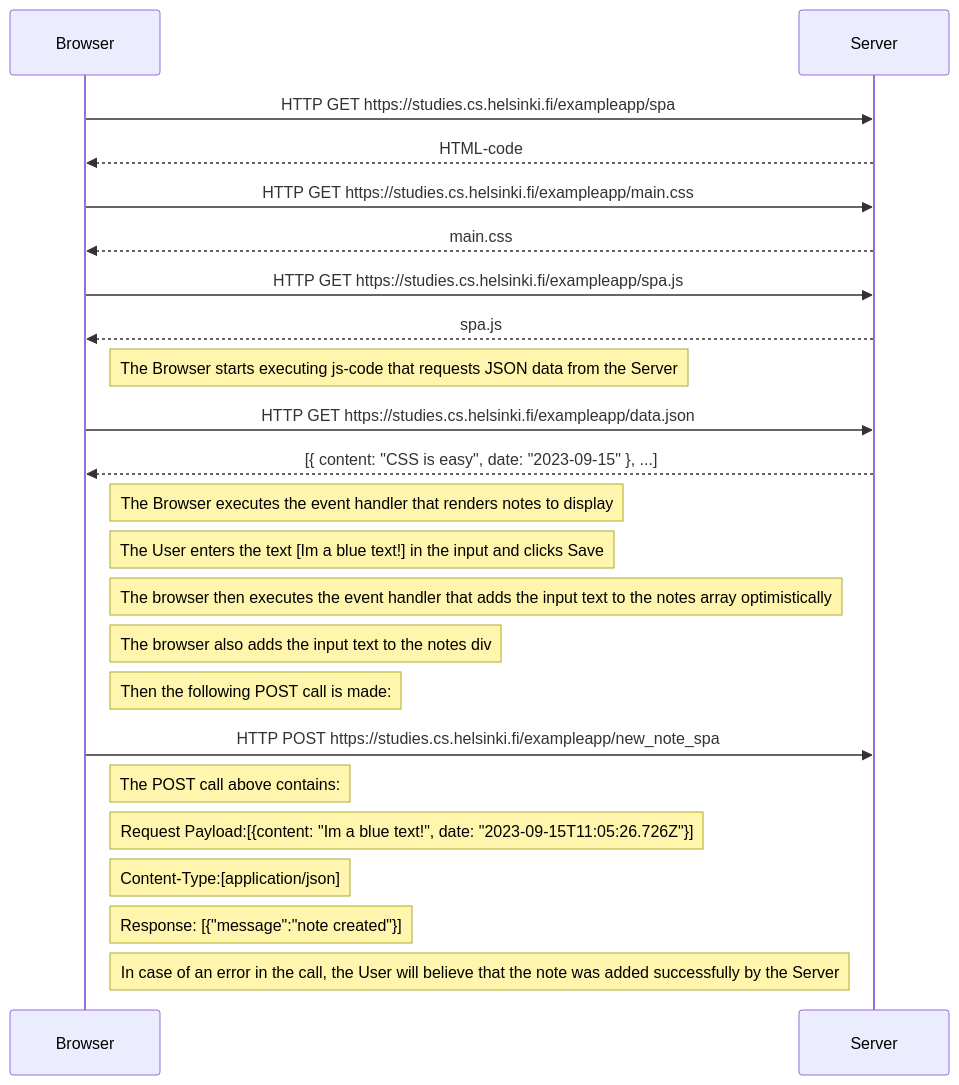
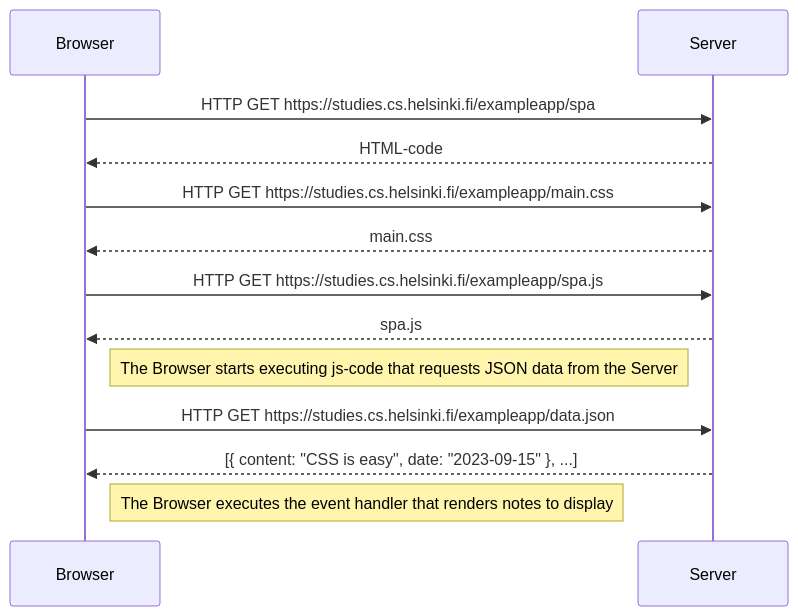
One commit to caballeroluis/fullstackopen changed the diagram in part00/0.5: Single page app diagram.md. Above: the diagram before and after it, drawn with Mermaid. The commit also changed 1 other file, not shown here.

Commit message:
0.6: New note in Single page app diagram

````diff
--- a/part00/0.5: Single page app diagram.md
+++ b/part00/0.5: Single page app diagram.md
@@ -1,45 +1,28 @@
 ```mermaid
 sequenceDiagram
     participant Browser
 
     participant Server
 
     Browser->>Server: HTTP GET https://studies.cs.helsinki.fi/exampleapp/spa
 
     Server-->>Browser: HTML-code
 
     Browser->>Server: HTTP GET https://studies.cs.helsinki.fi/exampleapp/main.css
 
     Server-->>Browser: main.css
 
     Browser->>Server: HTTP GET https://studies.cs.helsinki.fi/exampleapp/spa.js
 
     Server-->>Browser: spa.js
 
     Note right of Browser: The Browser starts executing js-code that requests JSON data from the Server
 
     Browser->>Server: HTTP GET https://studies.cs.helsinki.fi/exampleapp/data.json
 
     Server-->>Browser: [{ content: "CSS is easy", date: "2023-09-15" }, ...]
 
     Note right of Browser: The Browser executes the event handler that renders notes to display
 
-    Note right of Browser: The User enters the text [Im a blue text!] in the input and clicks Save
-
-    Note right of Browser: The browser then executes the event handler that adds the input text to the notes array optimistically
-
-    Note right of Browser: The browser also adds the input text to the notes div
-
-    Note right of Browser: Then the following POST call is made:
-
-    Browser->>Server: HTTP POST https://studies.cs.helsinki.fi/exampleapp/new_note_spa
-
-    Note right of Browser: The POST call above contains:
-        Note right of Browser: Request Payload:[{content: "Im a blue text!", date: "2023-09-15T11:05:26.726Z"}]
-        Note right of Browser: Content-Type:[application/json]
-        Note right of Browser: Response: [{"message":"note created"}]
-
-    Note right of Browser: In case of an error in the call, the User will believe that the note was added successfully by the Server
-
 
 ```
````
